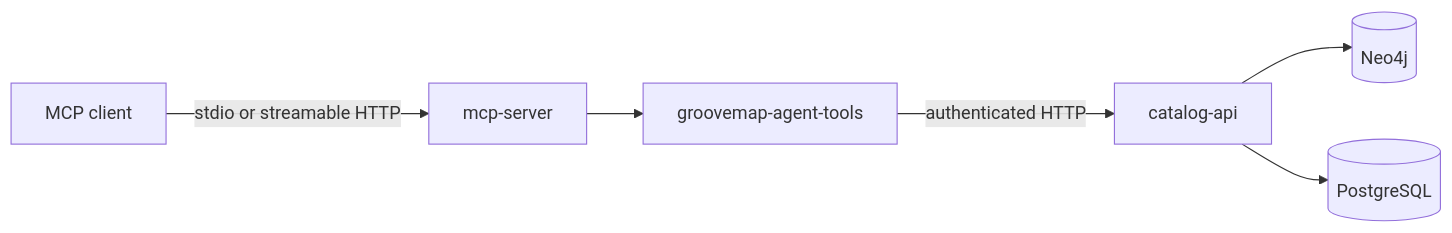
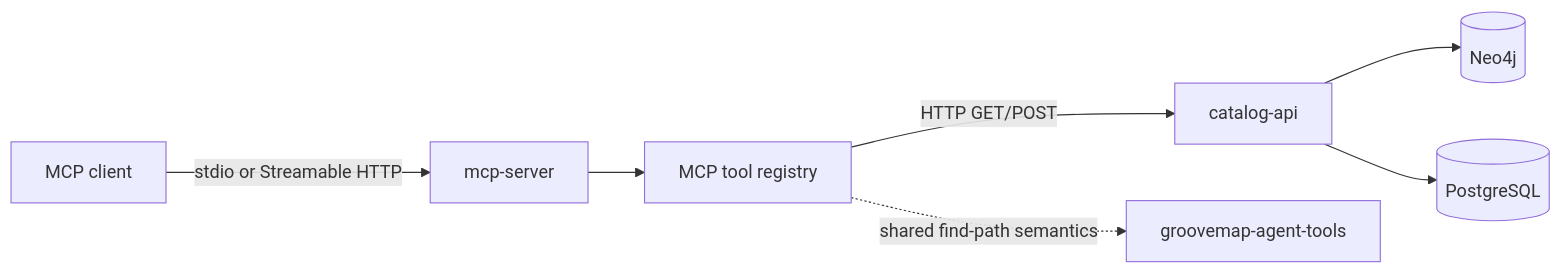
Before and after one commit to groovemap-music/mcp-server: the diagram in docs/architecture.md, drawn with Mermaid. The commit also changed other lines of this file and 14 other files, not shown here.

````diff
--- a/docs/architecture.md
+++ b/docs/architecture.md
@@ -6,8 +7,9 @@
 ```mermaid
 flowchart LR
-    C[MCP client] -->|stdio or streamable HTTP| M[mcp-server]
-    M --> T[groovemap-agent-tools]
-    T -->|authenticated HTTP| A[catalog-api]
-    A --> N[(Neo4j)]
-    A --> P[(PostgreSQL)]
+    Client["MCP client"] -->|"stdio or Streamable HTTP"| Server["mcp-server"]
+    Server --> Registry["MCP tool registry"]
+    Registry -->|"HTTP GET/POST"| API["catalog-api"]
+    Registry -. "shared find-path semantics" .-> Tools["groovemap-agent-tools"]
+    API --> Neo4j[(Neo4j)]
+    API --> Postgres[(PostgreSQL)]
 ```
````
